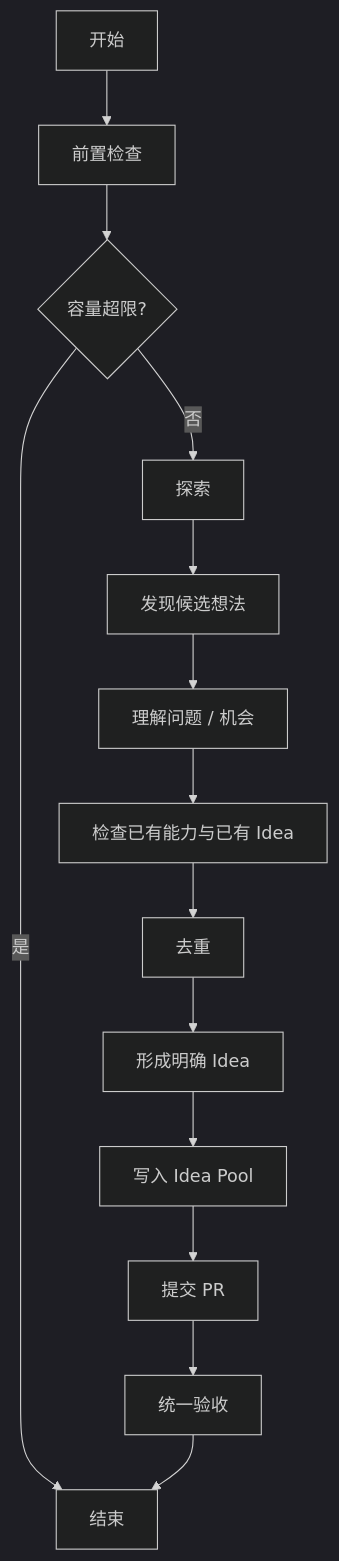
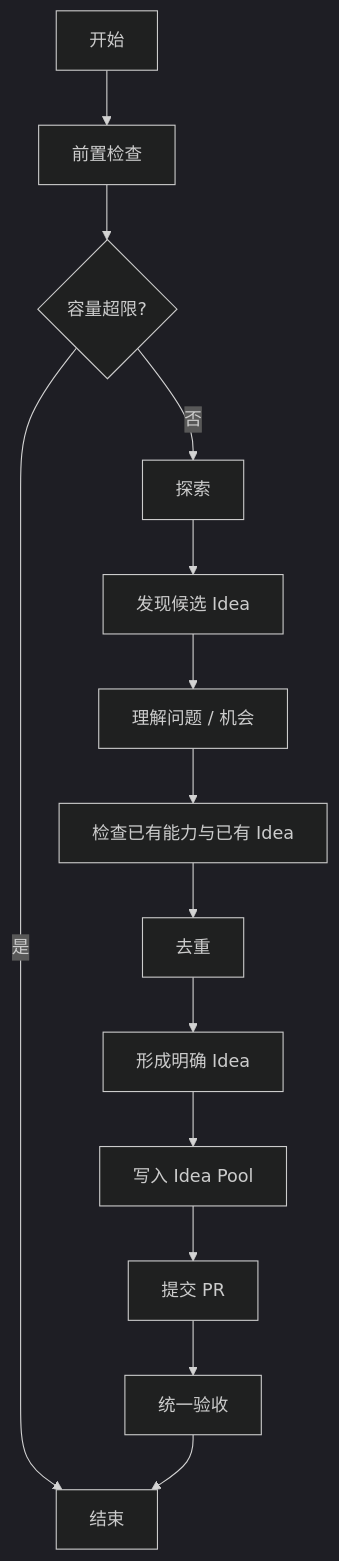
One commit to Happyileaf/tool-craft changed the diagram in docs/sop/idea-generation/idea-generation-sop.md. Above: the diagram before and after it, drawn with Mermaid (dark theme). The commit also changed other lines of this file, not shown here.

Commit message:
docs: 更新 Idea 生成 SOP 文档，调整流程表述与结构

````diff
--- a/docs/sop/idea-generation/idea-generation-sop.md
+++ b/docs/sop/idea-generation/idea-generation-sop.md
@@ -68,16 +75,16 @@
 ```mermaid
 flowchart TD
     A[开始] --> B[前置检查]
     B --> C{容量超限?}
     C -->|是| Z[结束]
     C -->|否| D[探索]
-    D --> E[发现候选想法]
+    D --> E[发现候选 Idea]
     E --> F[理解问题 / 机会]
     F --> G[检查已有能力与已有 Idea]
     G --> H[去重]
     H --> I[形成明确 Idea]
     I --> J[写入 Idea Pool]
     J --> K[提交 PR]
     K --> L[统一验收]
     L --> Z
 ```
````
